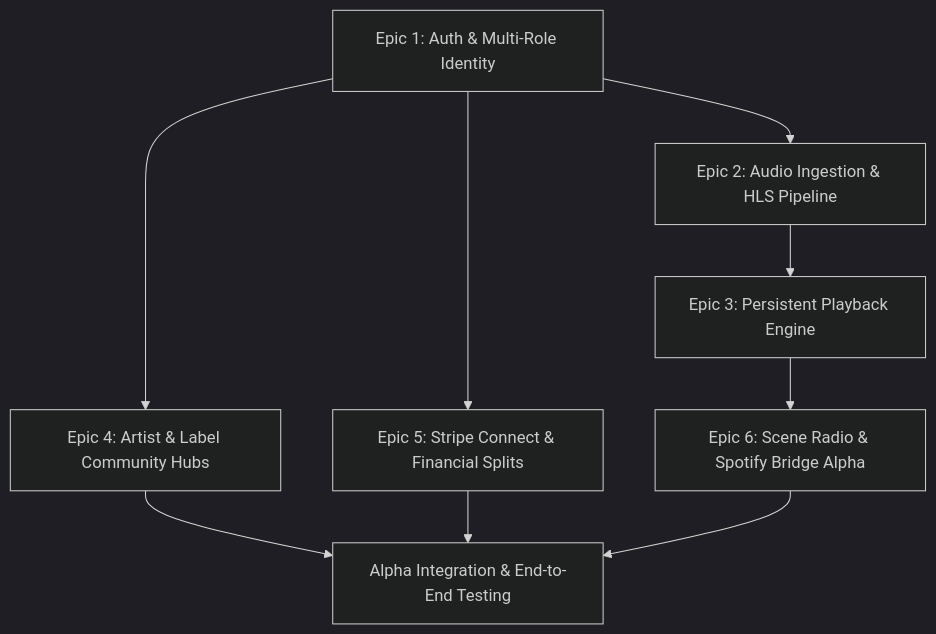
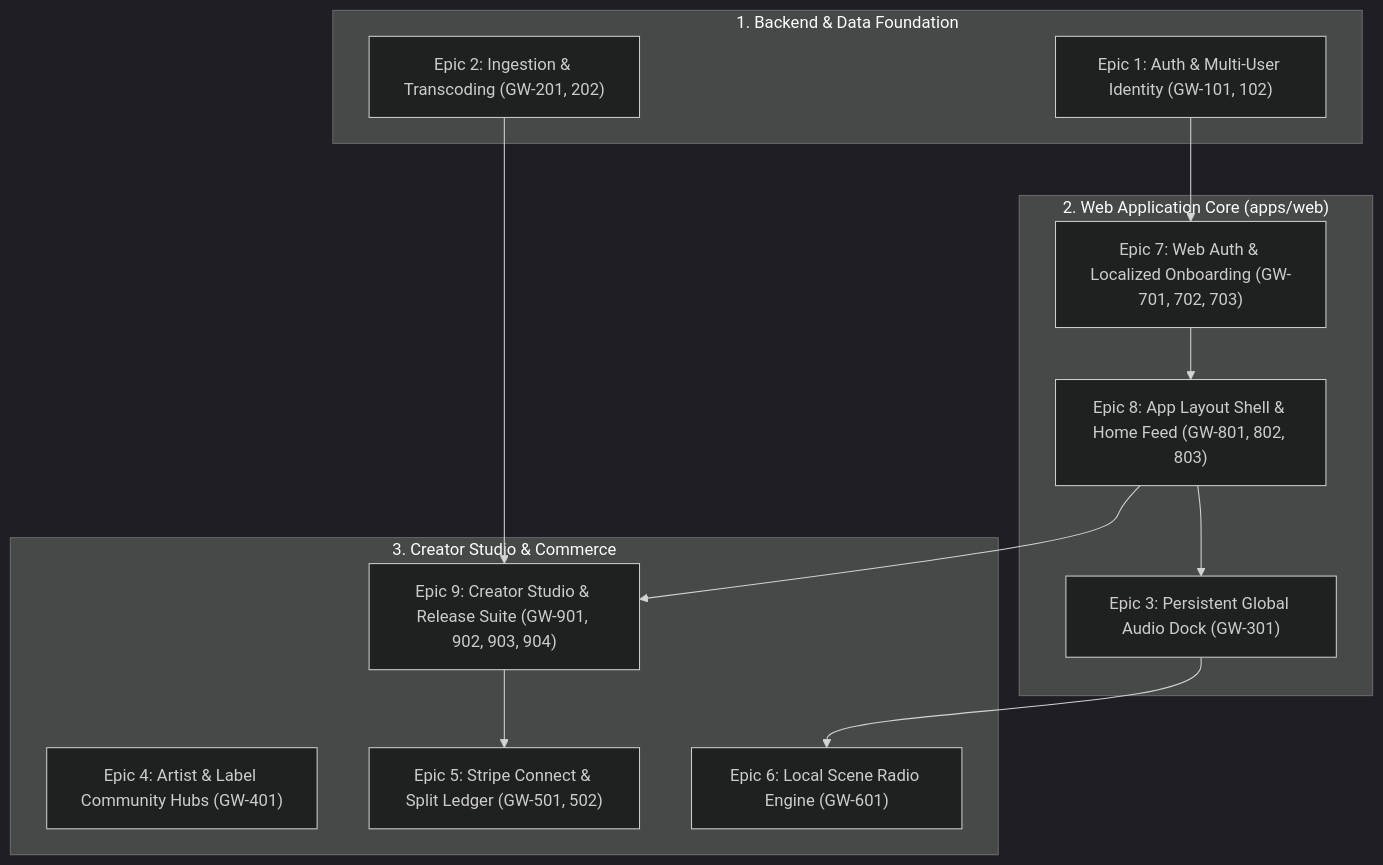
Before and after one commit to GroundWave-fm/groundwave: the diagram in docs/PHASE_1_EPICS_BREAKDOWN.md, drawn with Mermaid (dark theme). The commit also changed other lines of this file and 1 other file, not shown here.

Commit message:
docs: add Web Core Epics 7, 8, and 9 for auth, feed, and creator studio (#14)

````diff
--- a/docs/PHASE_1_EPICS_BREAKDOWN.md
+++ b/docs/PHASE_1_EPICS_BREAKDOWN.md
@@ -16,11 +11,28 @@
 ```mermaid
 flowchart TD
-    E1["Epic 1: Auth & Multi-Role Identity"] --> E2["Epic 2: Audio Ingestion & HLS Pipeline"]
-    E1 --> E4["Epic 4: Artist & Label Community Hubs"]
-    E1 --> E5["Epic 5: Stripe Connect & Financial Splits"]
-    E2 --> E3["Epic 3: Persistent Playback Engine"]
-    E3 --> E6["Epic 6: Scene Radio & Spotify Bridge Alpha"]
-    E4 --> E7["Alpha Integration & End-to-End Testing"]
-    E5 --> E7
-    E6 --> E7
+    subgraph Foundation ["1. Backend & Data Foundation"]
+        E1["Epic 1: Auth & Multi-User Identity (GW-101, 102)"]
+        E2["Epic 2: Ingestion & Transcoding (GW-201, 202)"]
+    end
+
+    subgraph WebCore ["2. Web Application Core (apps/web)"]
+        E7["Epic 7: Web Auth & Localized Onboarding (GW-701, 702, 703)"]
+        E8["Epic 8: App Layout Shell & Home Feed (GW-801, 802, 803)"]
+        E3["Epic 3: Persistent Global Audio Dock (GW-301)"]
+    end
+
+    subgraph StudioAndCommerce ["3. Creator Studio & Commerce"]
+        E9["Epic 9: Creator Studio & Release Suite (GW-901, 902, 903, 904)"]
+        E4["Epic 4: Artist & Label Community Hubs (GW-401)"]
+        E5["Epic 5: Stripe Connect & Split Ledger (GW-501, 502)"]
+        E6["Epic 6: Local Scene Radio Engine (GW-601)"]
+    end
+
+    E1 --> E7
+    E7 --> E8
+    E8 --> E3
+    E2 --> E9
+    E8 --> E9
+    E9 --> E5
+    E3 --> E6
 ```
````
